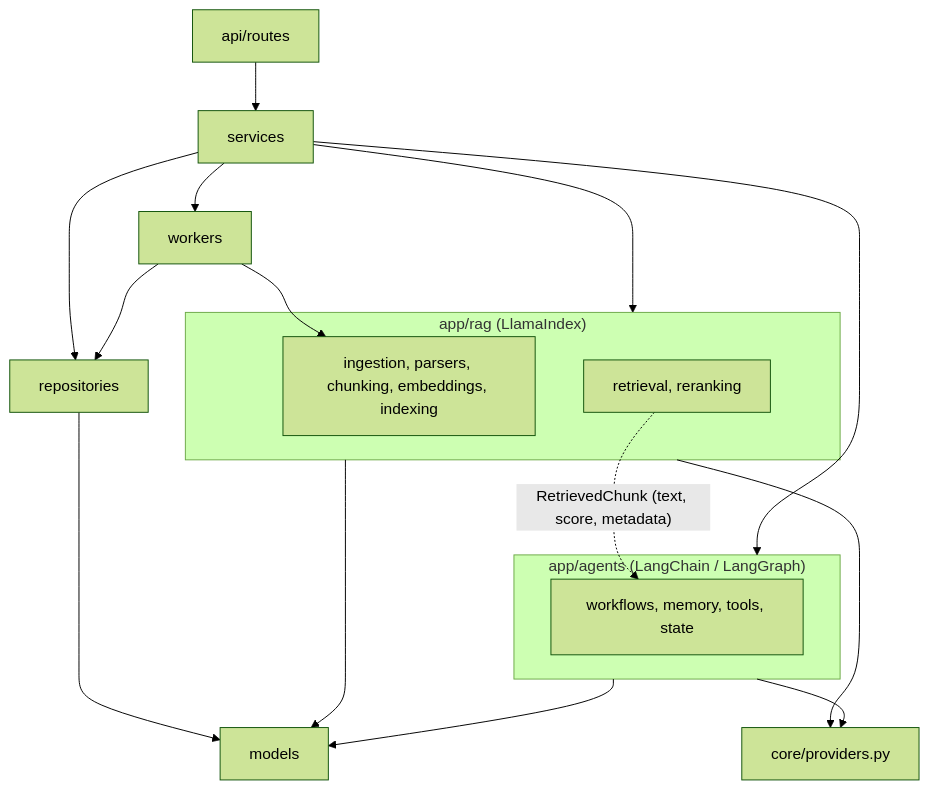
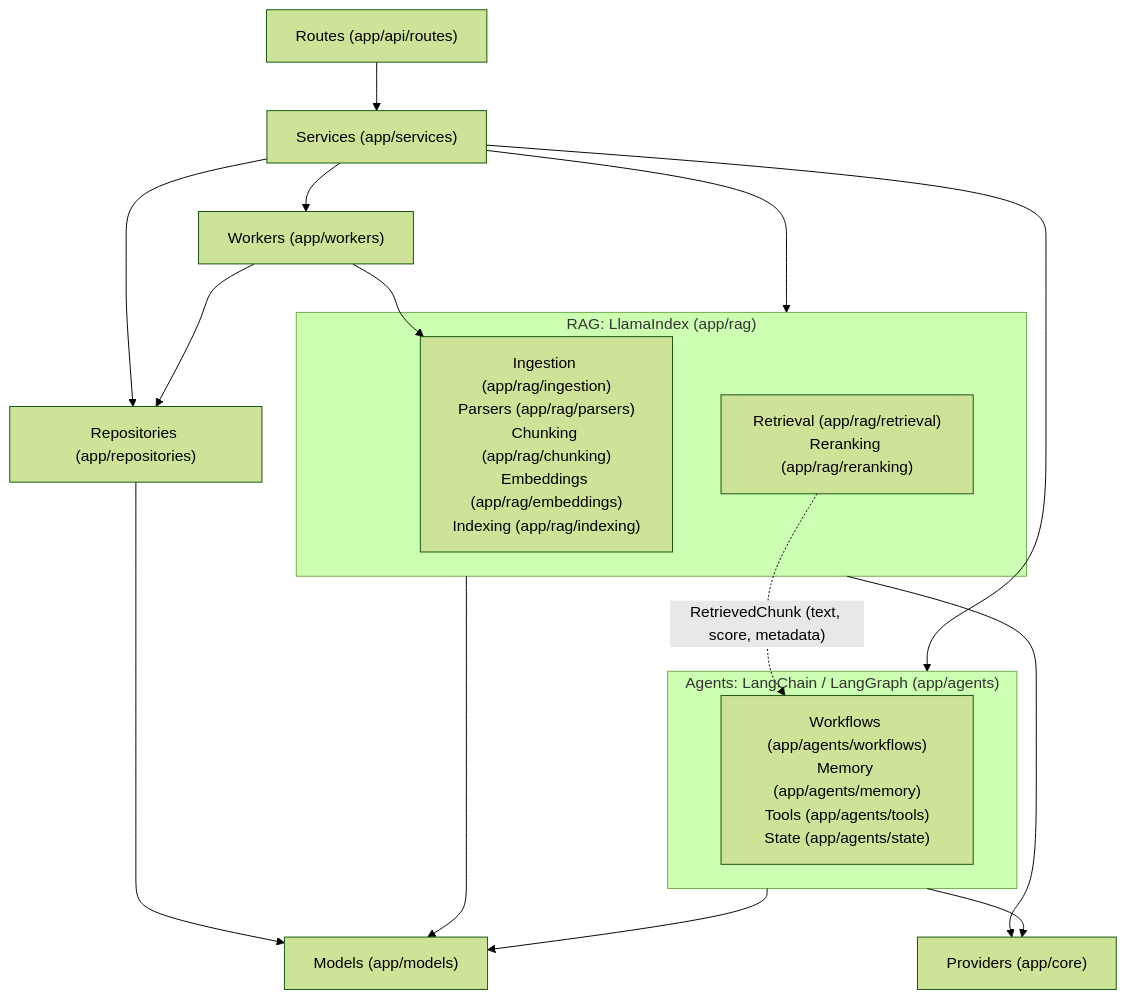
Before and after one commit to JosephSuyam/ragidy: the second of 4 diagrams in docs/architecture/diagrams.md, drawn with Mermaid (forest theme). The commit also changed other lines of this file and 1 other file, not shown here.

Commit message:
docs(docs): show backend folders in diagrams

````diff
--- a/docs/architecture/diagrams.md
+++ b/docs/architecture/diagrams.md
@@ -20,23 +20,23 @@
 ```mermaid
 flowchart TD
-  routes["api/routes"] --> services["services"]
+  routes["Routes (app/api/routes)"] --> services["Services (app/services)"]
   services --> RAG
   services --> AGENTS
-  services --> repos["repositories"]
-  services --> workers["workers"]
+  services --> repos["Repositories (app/repositories)"]
+  services --> workers["Workers (app/workers)"]
   workers --> ingestion
   workers --> repos
-  subgraph RAG["app/rag (LlamaIndex)"]
-    ingestion["ingestion, parsers, chunking, embeddings, indexing"]
-    retrieval["retrieval, reranking"]
+  subgraph RAG["RAG: LlamaIndex (app/rag)"]
+    ingestion["Ingestion (app/rag/ingestion)<br/>Parsers (app/rag/parsers)<br/>Chunking (app/rag/chunking)<br/>Embeddings (app/rag/embeddings)<br/>Indexing (app/rag/indexing)"]
+    retrieval["Retrieval (app/rag/retrieval)<br/>Reranking (app/rag/reranking)"]
   end
-  subgraph AGENTS["app/agents (LangChain / LangGraph)"]
-    agentmods["workflows, memory, tools, state"]
+  subgraph AGENTS["Agents: LangChain / LangGraph (app/agents)"]
+    agentmods["Workflows (app/agents/workflows)<br/>Memory (app/agents/memory)<br/>Tools (app/agents/tools)<br/>State (app/agents/state)"]
   end
   retrieval -.->|"RetrievedChunk (text, score, metadata)"| agentmods
-  RAG --> providers["core/providers.py"]
+  RAG --> providers["Providers (app/core)"]
   AGENTS --> providers
-  RAG --> models["models"]
+  RAG --> models["Models (app/models)"]
   AGENTS --> models
   repos --> models
 ```
````
